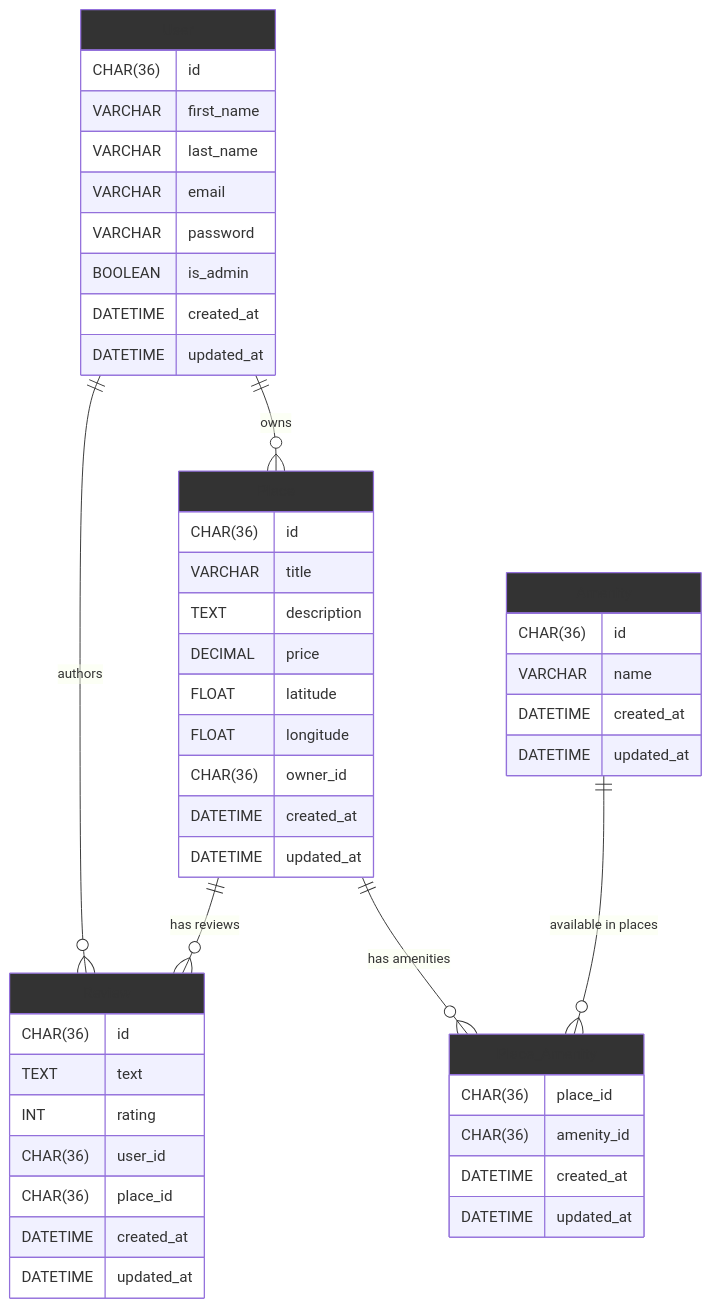
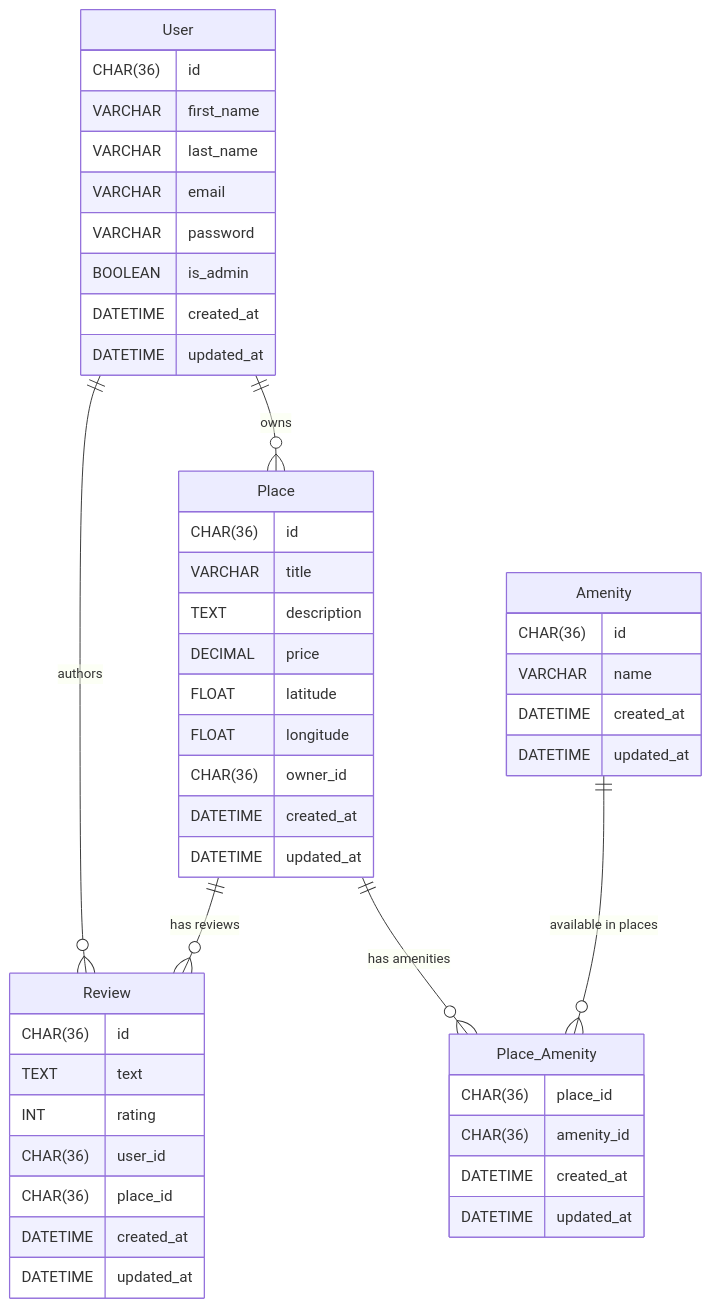
Before and after one commit to Abder-hbt/holbertonschool-hbnb: the diagram in part3/Er_Digram.mmd, drawn with Mermaid.

```diff
--- a/part3/Er_Digram.mmd
+++ b/part3/Er_Digram.mmd
@@ -1,56 +1,50 @@
 erDiagram
 
     User ||--o{ Place : owns
     User ||--o{ Review : authors
     Place ||--o{ Review : "has reviews"
     Place ||--o{ Place_Amenity : "has amenities"
     Amenity ||--o{ Place_Amenity : "available in places"
 
     User {
         CHAR(36) id
         VARCHAR first_name
         VARCHAR last_name
         VARCHAR email
         VARCHAR password
         BOOLEAN is_admin
         DATETIME created_at
         DATETIME updated_at
     }
     Place {
         CHAR(36) id
         VARCHAR title
         TEXT description
         DECIMAL price
         FLOAT latitude
         FLOAT longitude
         CHAR(36) owner_id
         DATETIME created_at
         DATETIME updated_at
     }
     Review {
         CHAR(36) id
         TEXT text
         INT rating
         CHAR(36) user_id
         CHAR(36) place_id
         DATETIME created_at
         DATETIME updated_at
     }
     Amenity {
         CHAR(36) id
         VARCHAR name
         DATETIME created_at
         DATETIME updated_at
     }
     Place_Amenity {
         CHAR(36) place_id
         CHAR(36) amenity_id
         DATETIME created_at
         DATETIME updated_at
     }
-
-    style User fill:color:#E3100C
-    style Place fill:color:#E3100C
-    style Review fill:color:#E3100C
-    style Amenity fill:color:#E3100C
-    style Place_Amenity fill:color:#E3100C
```
